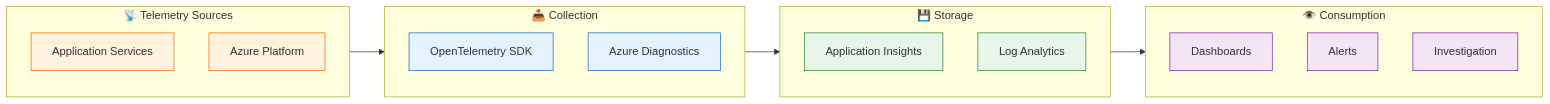
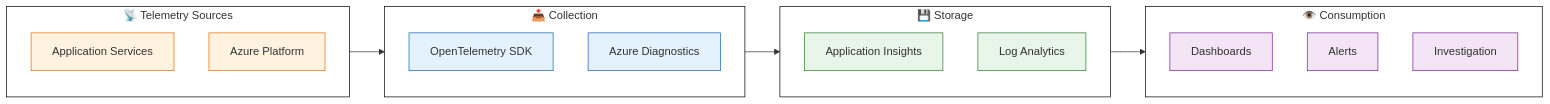
Before and after one commit to Evilazaro/Azure-LogicApps-Monitoring: the third of 4 diagrams in docs/architecture/01-business-architecture.md, drawn with Mermaid. The commit also changed other lines of this file and 2 other files, not shown here.

Commit message:
Refactor Mermaid diagrams for improved clarity and consistency in business and data architecture documentation

````diff
--- a/docs/architecture/01-business-architecture.md
+++ b/docs/architecture/01-business-architecture.md
@@ -160,35 +172,41 @@
 ```mermaid
 flowchart LR
-    subgraph Sources["📡 Telemetry Sources"]
+ subgraph Sources["📡 Telemetry Sources"]
         Src1["Application Services"]
         Src2["Azure Platform"]
-    end
-
-    subgraph Collect["📥 Collection"]
+  end
+ subgraph Collect["📥 Collection"]
         Col1["OpenTelemetry SDK"]
         Col2["Azure Diagnostics"]
-    end
-
-    subgraph Store["💾 Storage"]
+  end
+ subgraph Store["💾 Storage"]
         Sto1["Application Insights"]
         Sto2["Log Analytics"]
-    end
-
-    subgraph Consume["👁️ Consumption"]
+  end
+ subgraph Consume["👁️ Consumption"]
         Con1["Dashboards"]
         Con2["Alerts"]
         Con3["Investigation"]
-    end
+  end
+    Sources --> Collect
+    Collect --> Store
+    Store --> Consume
 
-    Sources --> Collect --> Store --> Consume
-
+     Src1:::source
+     Src2:::source
+     Col1:::collect
+     Col2:::collect
+     Sto1:::store
+     Sto2:::store
+     Con1:::consume
+     Con2:::consume
+     Con3:::consume
     classDef source fill:#fff3e0,stroke:#ef6c00
     classDef collect fill:#e3f2fd,stroke:#1565c0
     classDef store fill:#e8f5e9,stroke:#2e7d32
     classDef consume fill:#f3e5f5,stroke:#7b1fa2
-
-    class Src1,Src2 source
-    class Col1,Col2 collect
-    class Sto1,Sto2 store
-    class Con1,Con2,Con3 consume
+    style Sources stroke:#000000,fill:#FFFFFF
+    style Collect stroke:#000000,fill:#FFFFFF
+    style Store stroke:#000000,fill:#FFFFFF
+    style Consume stroke:#000000,fill:#FFFFFF
 ```
````
